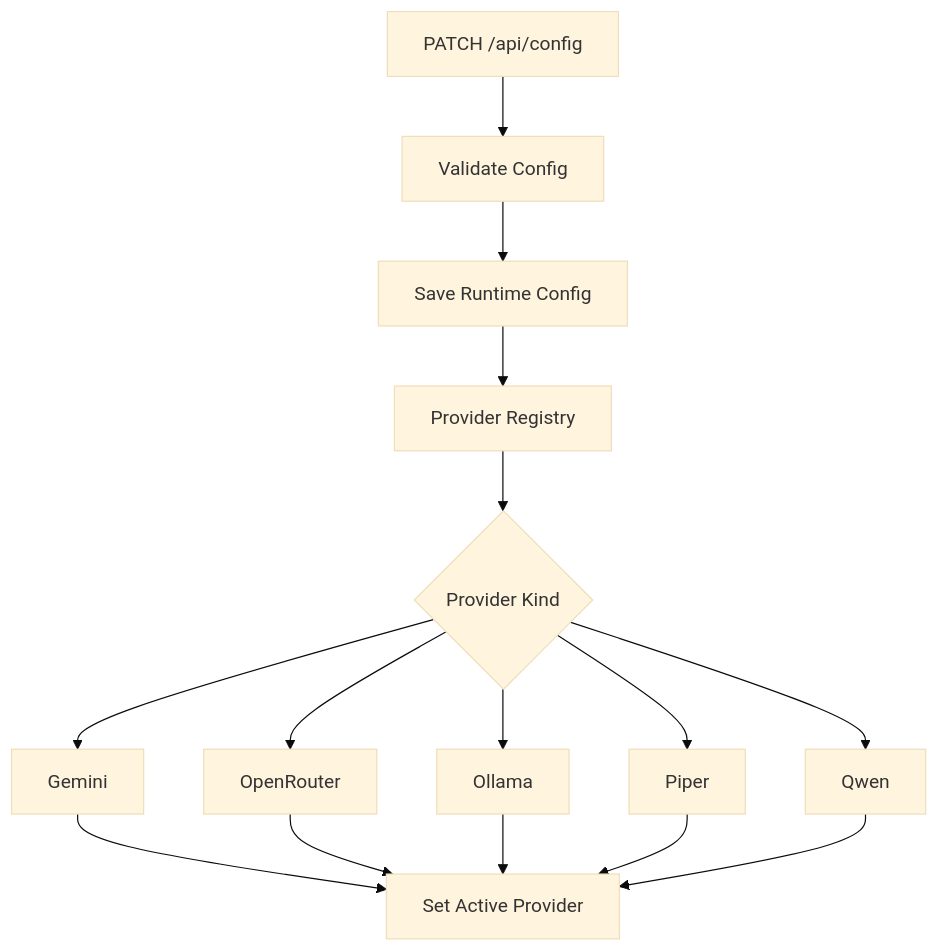
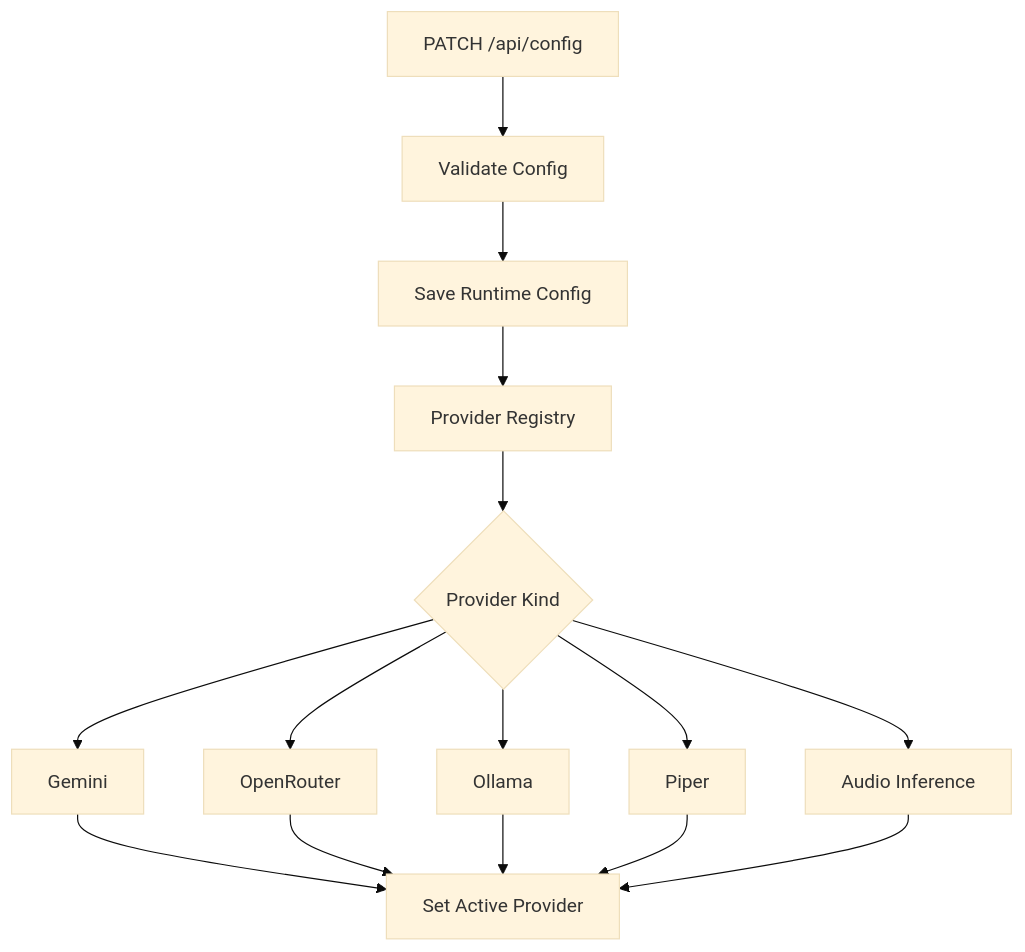
The fourth of 4 diagrams in docs/09_CONFIG_AND_SECRETS.md (Jonathan0823/VoxaLive), drawn with Mermaid (base theme) before and after one commit. The commit also changed other lines of this file and 1 other file, not shown here.

First line of the commit message:
docs: update architecture and config docs for audio service

```diff
--- a/docs/09_CONFIG_AND_SECRETS.md
+++ b/docs/09_CONFIG_AND_SECRETS.md
@@ -194,17 +194,17 @@
 ~~~mermaid
 flowchart TD
     Patch[PATCH /api/config] --> Validate[Validate Config]
     Validate --> Save[Save Runtime Config]
     Save --> Registry[Provider Registry]
     Registry --> ProviderKind{Provider Kind}
     ProviderKind --> Gemini[Gemini]
     ProviderKind --> OpenRouter[OpenRouter]
     ProviderKind --> Ollama[Ollama]
     ProviderKind --> Piper[Piper]
-    ProviderKind --> Qwen[Qwen]
+    ProviderKind --> AudioService[Audio Inference]
     Gemini --> Active[Set Active Provider]
     OpenRouter --> Active
     Ollama --> Active
     Piper --> Active
-    Qwen --> Active
+    AudioService --> Active
 ~~~
```
